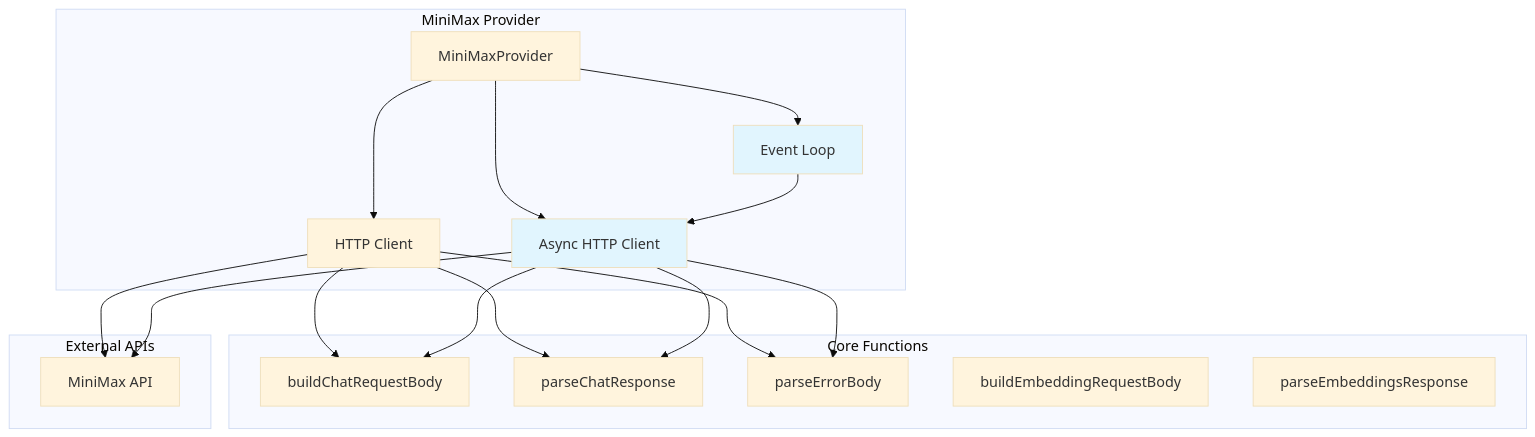
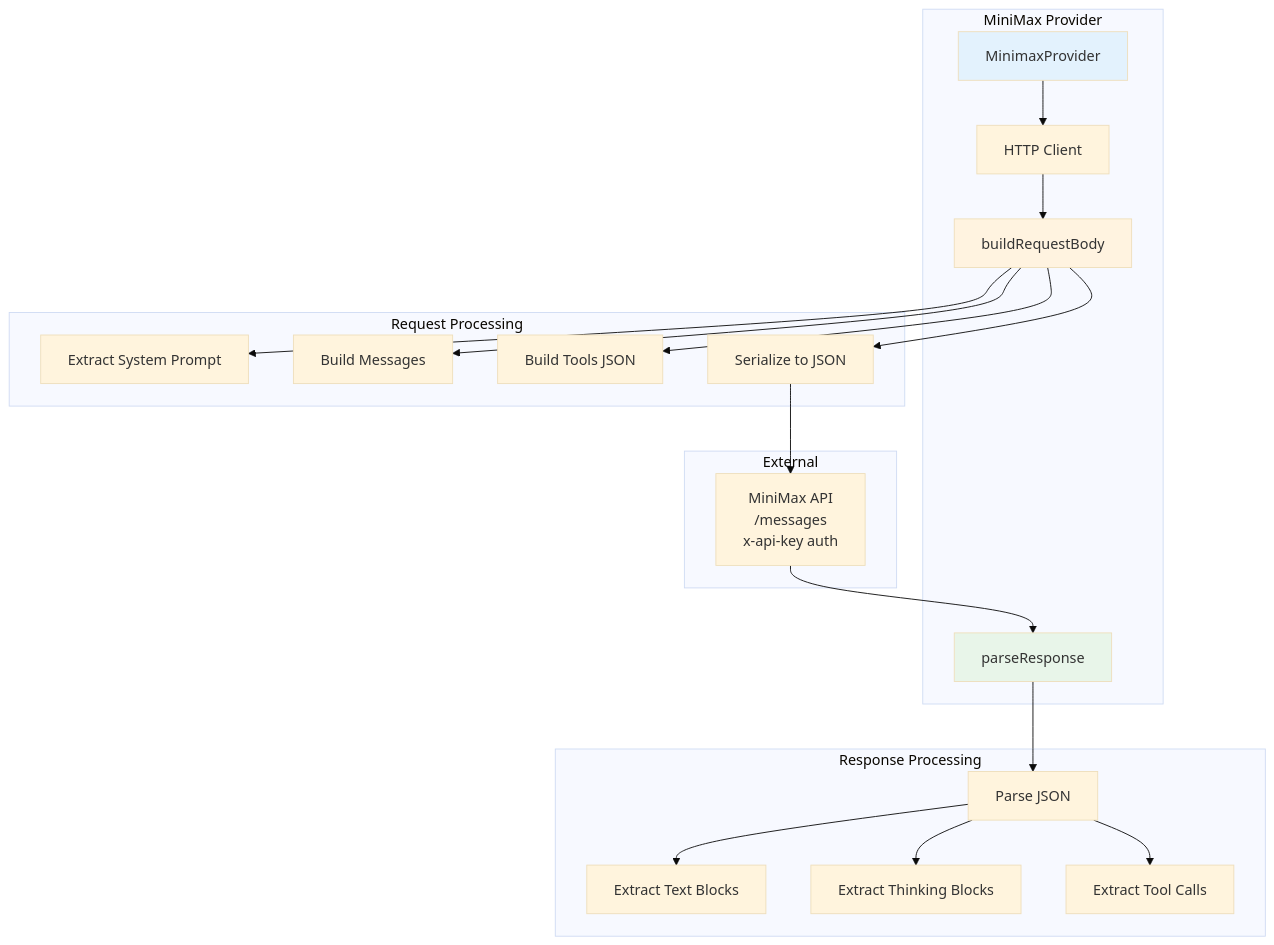
The diagram in docs/providers/minimax.md (satibot/satibot), drawn with Mermaid (base theme) before and after one commit. The commit also changed other lines of this file and 1 other file, not shown here.

First line of the commit message:
docs: update MiniMax documentation with Zig implementation details and API reference

````diff
--- a/docs/providers/minimax.md
+++ b/docs/providers/minimax.md
@@ -20,37 +19,44 @@
 ```mermaid
 graph TB
     subgraph "MiniMax Provider"
-        MM[MiniMaxProvider]
+        MP[MinimaxProvider]
         HTTP[HTTP Client]
-        AsyncHTTP[Async HTTP Client]
-        EL[Event Loop]
+        Builder[buildRequestBody]
+        Parser[parseResponse]
     end
     
-    subgraph "Core Functions"
-        BuildReq[buildChatRequestBody]
-        ParseResp[parseChatResponse]
-        ParseErr[parseErrorBody]
-        BuildEmb[buildEmbeddingRequestBody]
-        ParseEmb[parseEmbeddingsResponse]
+    subgraph "Request Processing"
+        Sys[Extract System Prompt]
+        Msg[Build Messages]
+        Tool[Build Tools JSON]
+        JSON[Serialize to JSON]
     end
     
-    subgraph "External APIs"
-        MAPI[MiniMax API]
+    subgraph "Response Processing"
+        ParseJSON[Parse JSON]
+        ExtractText[Extract Text Blocks]
+        ExtractThinking[Extract Thinking Blocks]
+        ExtractTools[Extract Tool Calls]
     end
     
-    MM --> HTTP
-    MM --> AsyncHTTP
-    MM --> EL
-    HTTP --> BuildReq
-    HTTP --> ParseResp
-    HTTP --> ParseErr
-    AsyncHTTP --> BuildReq
-    AsyncHTTP --> ParseResp
-    AsyncHTTP --> ParseErr
-    HTTP --> MAPI
-    AsyncHTTP --> MAPI
-    EL --> AsyncHTTP
+    subgraph "External"
+        API[MiniMax API<br/>/messages<br/>x-api-key auth]
+    end
     
-    style AsyncHTTP fill:#e1f5fe
-    style EL fill:#e1f5fe
+    MP --> HTTP
+    HTTP --> Builder
+    Builder --> Sys
+    Builder --> Msg
+    Builder --> Tool
+    Builder --> JSON
+    JSON --> API
+    API --> Parser
+    Parser --> ParseJSON
+    ParseJSON --> ExtractText
+    ParseJSON --> ExtractThinking
+    ParseJSON --> ExtractTools
+    
+    style MP fill:#e3f2fd
+    style Builder fill:#fff3e0
+    style Parser fill:#e8f5e9
 ```
````
